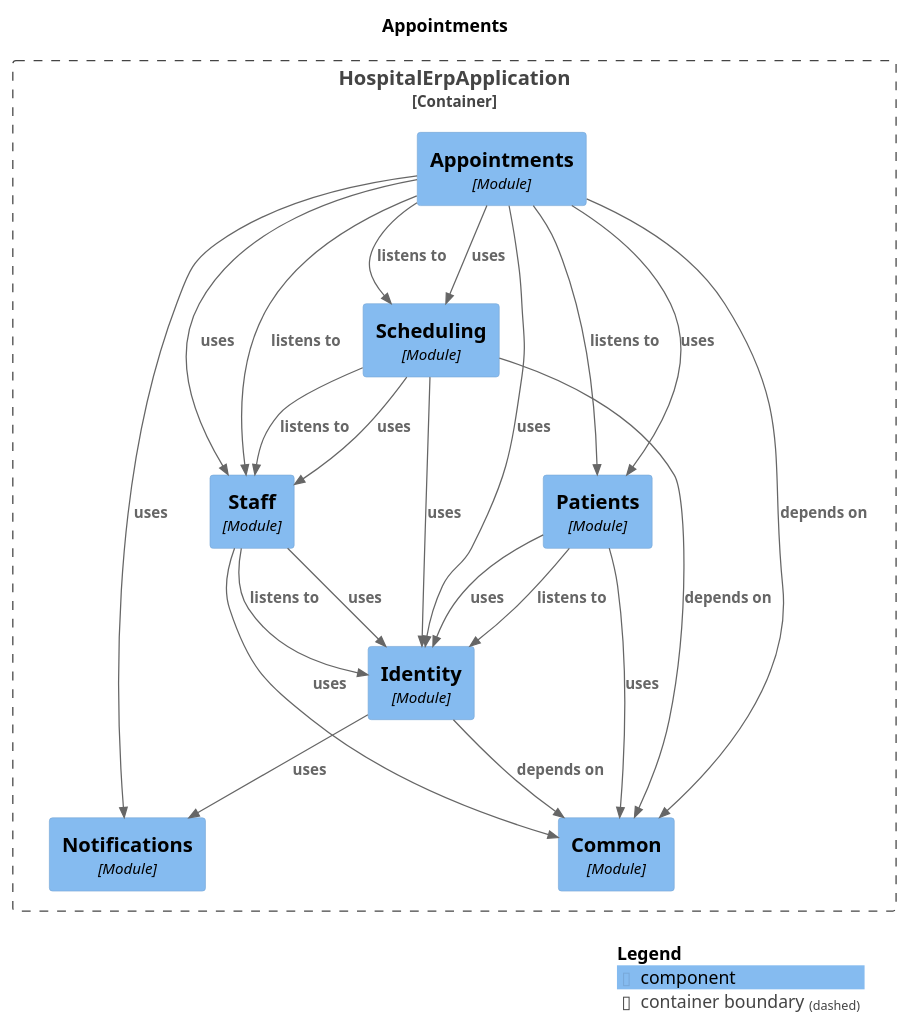
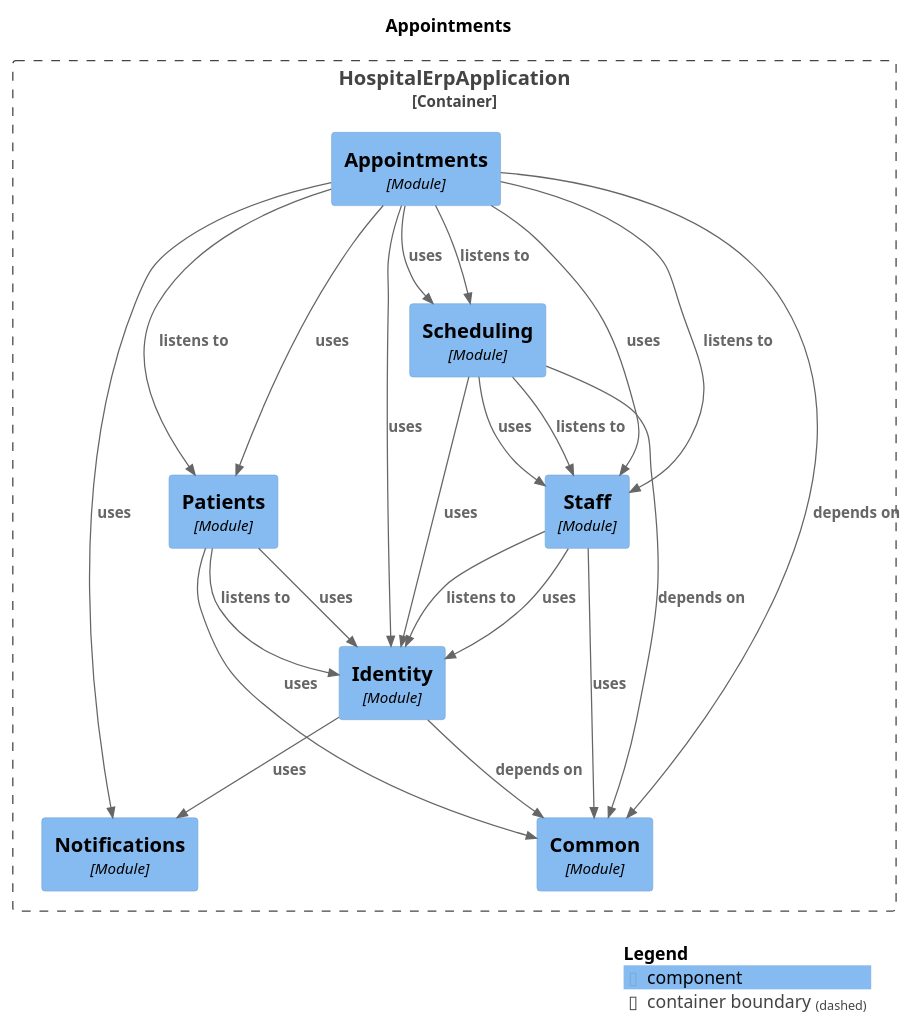
One commit to harshsharma5720/HospitalERP changed the diagram in docs/modules/module-appointments.puml. Above: the diagram before and after it, drawn with PlantUML. The commit also changed other lines of this file and 16 other files, not shown here.

```diff
--- a/docs/modules/module-appointments.puml
+++ b/docs/modules/module-appointments.puml
@@ -1,44 +1,44 @@
 @startuml
 set separator none
 title Appointments
 
 top to bottom direction
 
 !include <C4/C4>
 !include <C4/C4_Context>
 !include <C4/C4_Component>
 
 Container_Boundary("HospitalErpApplication.HospitalErpApplication_boundary", "HospitalErpApplication", $tags="") {
+  Component(HospitalErpApplication.HospitalErpApplication.Appointments, "Appointments", $techn="Module", $descr="", $tags="", $link="")
   Component(HospitalErpApplication.HospitalErpApplication.Common, "Common", $techn="Module", $descr="", $tags="", $link="")
   Component(HospitalErpApplication.HospitalErpApplication.Notifications, "Notifications", $techn="Module", $descr="", $tags="", $link="")
   Component(HospitalErpApplication.HospitalErpApplication.Identity, "Identity", $techn="Module", $descr="", $tags="", $link="")
+  Component(HospitalErpApplication.HospitalErpApplication.Staff, "Staff", $techn="Module", $descr="", $tags="", $link="")
   Component(HospitalErpApplication.HospitalErpApplication.Patients, "Patients", $techn="Module", $descr="", $tags="", $link="")
-  Component(HospitalErpApplication.HospitalErpApplication.Staff, "Staff", $techn="Module", $descr="", $tags="", $link="")
   Component(HospitalErpApplication.HospitalErpApplication.Scheduling, "Scheduling", $techn="Module", $descr="", $tags="", $link="")
-  Component(HospitalErpApplication.HospitalErpApplication.Appointments, "Appointments", $techn="Module", $descr="", $tags="", $link="")
 }
 
-Rel(HospitalErpApplication.HospitalErpApplication.Identity, HospitalErpApplication.HospitalErpApplication.Common, "depends on", $techn="", $tags="", $link="")
-Rel(HospitalErpApplication.HospitalErpApplication.Identity, HospitalErpApplication.HospitalErpApplication.Notifications, "uses", $techn="", $tags="", $link="")
+Rel(HospitalErpApplication.HospitalErpApplication.Staff, HospitalErpApplication.HospitalErpApplication.Identity, "listens to", $techn="", $tags="", $link="")
+Rel(HospitalErpApplication.HospitalErpApplication.Staff, HospitalErpApplication.HospitalErpApplication.Identity, "uses", $techn="", $tags="", $link="")
+Rel(HospitalErpApplication.HospitalErpApplication.Staff, HospitalErpApplication.HospitalErpApplication.Common, "uses", $techn="", $tags="", $link="")
 Rel(HospitalErpApplication.HospitalErpApplication.Scheduling, HospitalErpApplication.HospitalErpApplication.Staff, "listens to", $techn="", $tags="", $link="")
 Rel(HospitalErpApplication.HospitalErpApplication.Scheduling, HospitalErpApplication.HospitalErpApplication.Common, "depends on", $techn="", $tags="", $link="")
 Rel(HospitalErpApplication.HospitalErpApplication.Scheduling, HospitalErpApplication.HospitalErpApplication.Staff, "uses", $techn="", $tags="", $link="")
 Rel(HospitalErpApplication.HospitalErpApplication.Scheduling, HospitalErpApplication.HospitalErpApplication.Identity, "uses", $techn="", $tags="", $link="")
+Rel(HospitalErpApplication.HospitalErpApplication.Identity, HospitalErpApplication.HospitalErpApplication.Common, "depends on", $techn="", $tags="", $link="")
+Rel(HospitalErpApplication.HospitalErpApplication.Identity, HospitalErpApplication.HospitalErpApplication.Notifications, "uses", $techn="", $tags="", $link="")
 Rel(HospitalErpApplication.HospitalErpApplication.Appointments, HospitalErpApplication.HospitalErpApplication.Staff, "listens to", $techn="", $tags="", $link="")
 Rel(HospitalErpApplication.HospitalErpApplication.Appointments, HospitalErpApplication.HospitalErpApplication.Patients, "listens to", $techn="", $tags="", $link="")
 Rel(HospitalErpApplication.HospitalErpApplication.Appointments, HospitalErpApplication.HospitalErpApplication.Scheduling, "listens to", $techn="", $tags="", $link="")
 Rel(HospitalErpApplication.HospitalErpApplication.Appointments, HospitalErpApplication.HospitalErpApplication.Common, "depends on", $techn="", $tags="", $link="")
 Rel(HospitalErpApplication.HospitalErpApplication.Appointments, HospitalErpApplication.HospitalErpApplication.Patients, "uses", $techn="", $tags="", $link="")
 Rel(HospitalErpApplication.HospitalErpApplication.Appointments, HospitalErpApplication.HospitalErpApplication.Staff, "uses", $techn="", $tags="", $link="")
 Rel(HospitalErpApplication.HospitalErpApplication.Appointments, HospitalErpApplication.HospitalErpApplication.Scheduling, "uses", $techn="", $tags="", $link="")
 Rel(HospitalErpApplication.HospitalErpApplication.Appointments, HospitalErpApplication.HospitalErpApplication.Identity, "uses", $techn="", $tags="", $link="")
 Rel(HospitalErpApplication.HospitalErpApplication.Appointments, HospitalErpApplication.HospitalErpApplication.Notifications, "uses", $techn="", $tags="", $link="")
 Rel(HospitalErpApplication.HospitalErpApplication.Patients, HospitalErpApplication.HospitalErpApplication.Identity, "listens to", $techn="", $tags="", $link="")
 Rel(HospitalErpApplication.HospitalErpApplication.Patients, HospitalErpApplication.HospitalErpApplication.Identity, "uses", $techn="", $tags="", $link="")
 Rel(HospitalErpApplication.HospitalErpApplication.Patients, HospitalErpApplication.HospitalErpApplication.Common, "uses", $techn="", $tags="", $link="")
-Rel(HospitalErpApplication.HospitalErpApplication.Staff, HospitalErpApplication.HospitalErpApplication.Identity, "listens to", $techn="", $tags="", $link="")
-Rel(HospitalErpApplication.HospitalErpApplication.Staff, HospitalErpApplication.HospitalErpApplication.Identity, "uses", $techn="", $tags="", $link="")
-Rel(HospitalErpApplication.HospitalErpApplication.Staff, HospitalErpApplication.HospitalErpApplication.Common, "uses", $techn="", $tags="", $link="")
 
 SHOW_LEGEND(true)
 @enduml
```
